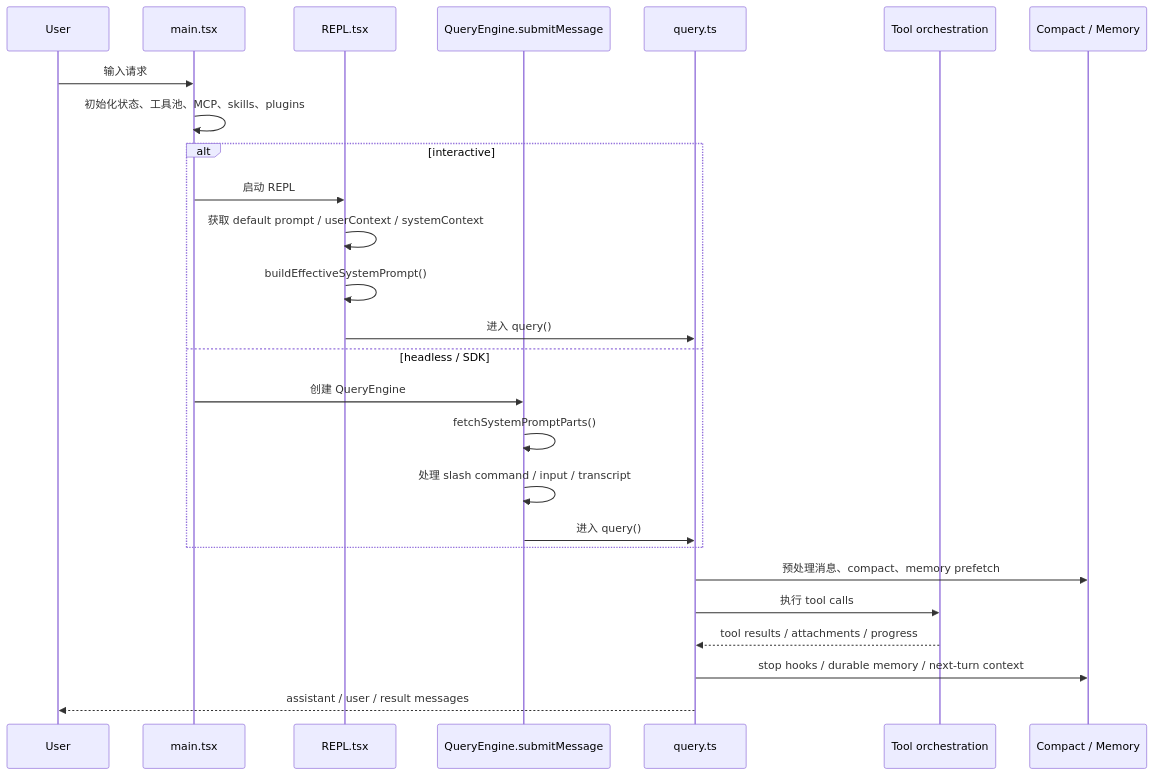
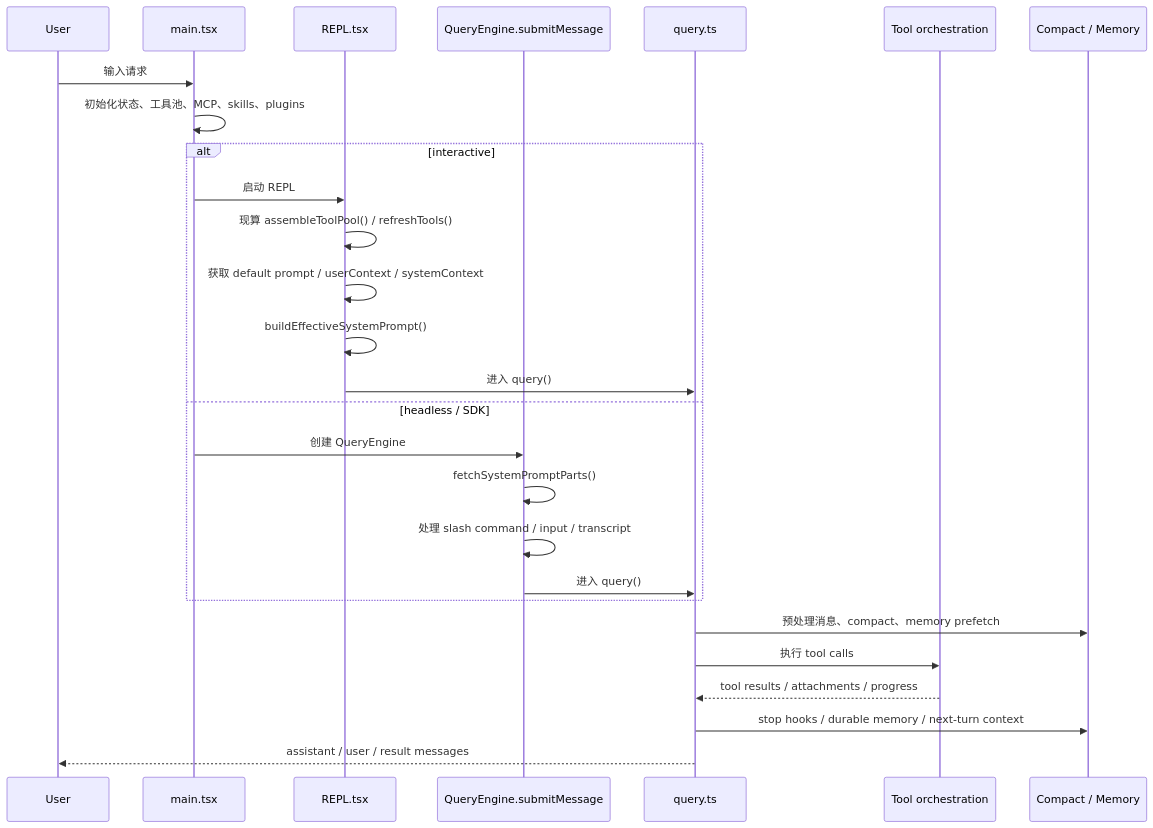
One commit to Boulea7/ClaudeCode-Source-DeepDive changed the third of 3 diagrams in ARCHITECTURE.md. Above: the diagram before and after it, drawn with Mermaid. The commit also changed other lines of this file and 4 other files, not shown here.

Commit message:
docs: polish architecture and prompt path diagrams

````diff
--- a/ARCHITECTURE.md
+++ b/ARCHITECTURE.md
@@ -62,29 +65,30 @@
 ```mermaid
 sequenceDiagram
     participant U as User
     participant M as main.tsx
     participant R as REPL.tsx
     participant QE as QueryEngine.submitMessage
     participant Q as query.ts
     participant TO as Tool orchestration
     participant CM as Compact / Memory
 
     U->>M: 输入请求
     M->>M: 初始化状态、工具池、MCP、skills、plugins
     alt interactive
         M->>R: 启动 REPL
+        R->>R: 现算 assembleToolPool() / refreshTools()
         R->>R: 获取 default prompt / userContext / systemContext
         R->>R: buildEffectiveSystemPrompt()
         R->>Q: 进入 query()
     else headless / SDK
         M->>QE: 创建 QueryEngine
         QE->>QE: fetchSystemPromptParts()
         QE->>QE: 处理 slash command / input / transcript
         QE->>Q: 进入 query()
     end
     Q->>CM: 预处理消息、compact、memory prefetch
     Q->>TO: 执行 tool calls
     TO-->>Q: tool results / attachments / progress
     Q->>CM: stop hooks / durable memory / next-turn context
     Q-->>U: assistant / user / result messages
 ```
````
